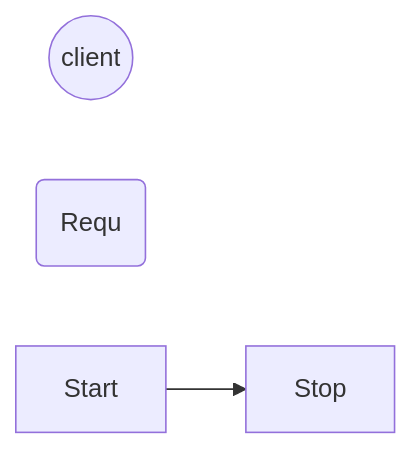
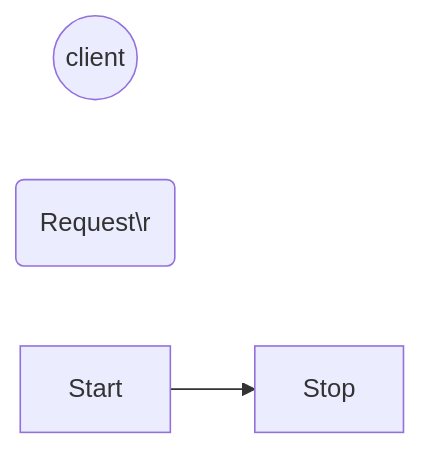
The diagram in all/未命名-7.md (googlelxhgithub/iodraw-files), drawn with Mermaid before and after one commit.

Commit message:
2024-08-30 19:00:38 update

````diff
--- a/all/未命名-7.md
+++ b/all/未命名-7.md
@@ -1,7 +1,7 @@
 ```mermaid
 flowchart LR
     C((client))
-    R(Requ)
+    R(Request\r)
     Start --> Stop
   
 ```
````
